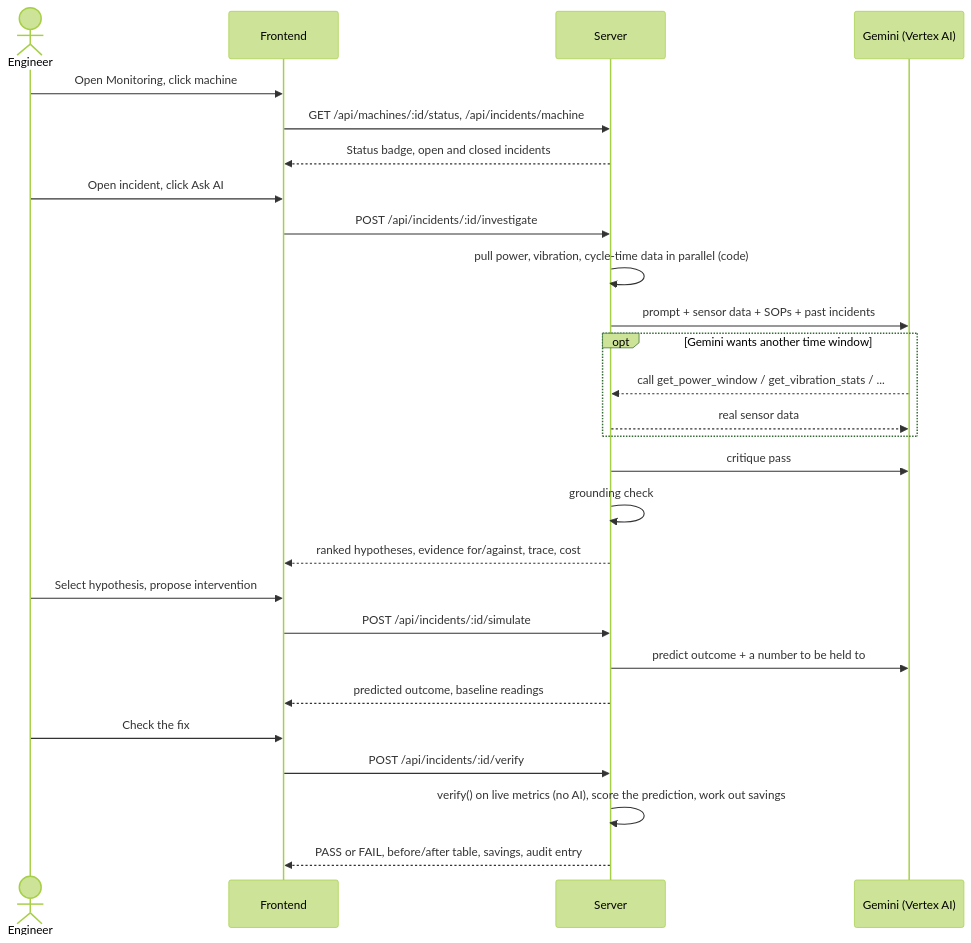
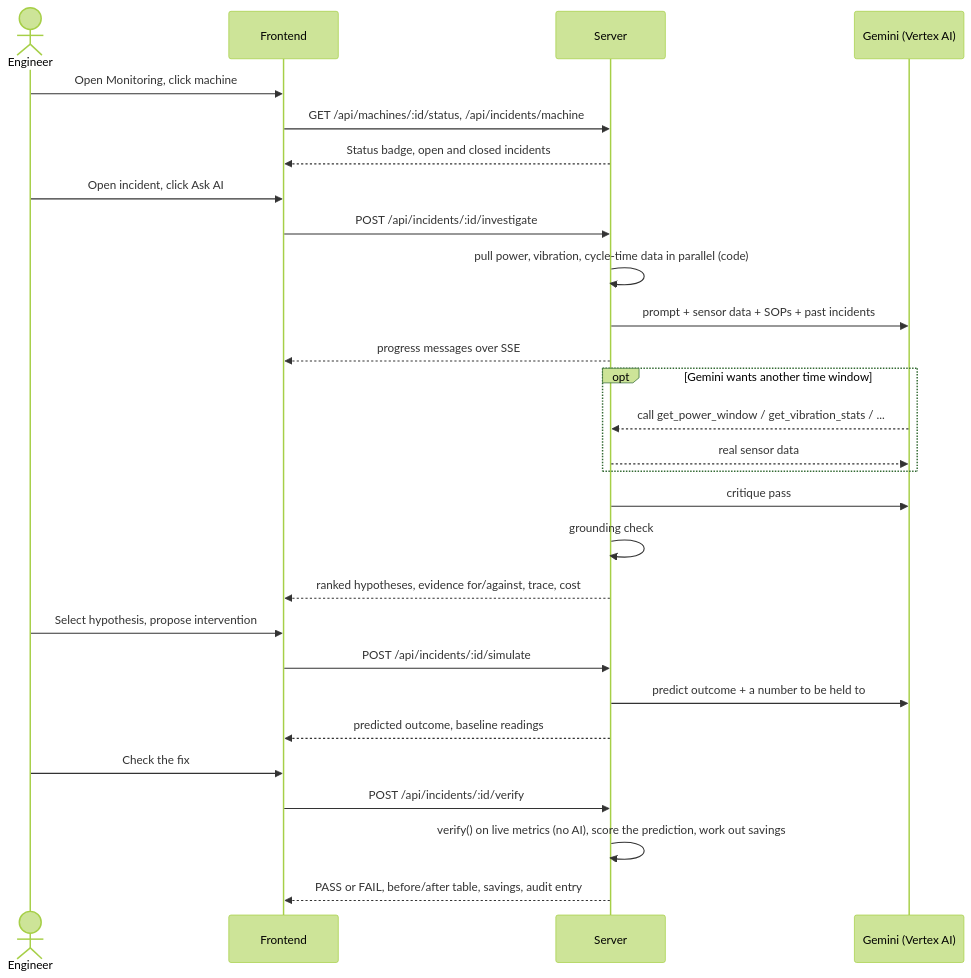
One commit to akanthed/AshvaTrace changed the third of 3 diagrams in README.md. Above: the diagram before and after it, drawn with Mermaid (forest theme). The commit also changed other lines of this file and 1 other file, not shown here.

Commit message:
refactor: Update flowchart descriptions and remove outdated testing guide

````diff
--- a/README.md
+++ b/README.md
@@ -119,29 +121,30 @@
 ```mermaid
 sequenceDiagram
     actor E as Engineer
     participant UI as Frontend
     participant S as Server
     participant G as Gemini (Vertex AI)
     E->>UI: Open Monitoring, click machine
     UI->>S: GET /api/machines/:id/status, /api/incidents/machine
     S-->>UI: Status badge, open and closed incidents
     E->>UI: Open incident, click Ask AI
     UI->>S: POST /api/incidents/:id/investigate
     S->>S: pull power, vibration, cycle-time data in parallel (code)
     S->>G: prompt + sensor data + SOPs + past incidents
+    S-->>UI: progress messages over SSE
     opt Gemini wants another time window
         G-->>S: call get_power_window / get_vibration_stats / ...
         S-->>G: real sensor data
     end
     S->>G: critique pass
     S->>S: grounding check
     S-->>UI: ranked hypotheses, evidence for/against, trace, cost
     E->>UI: Select hypothesis, propose intervention
     UI->>S: POST /api/incidents/:id/simulate
     S->>G: predict outcome + a number to be held to
     S-->>UI: predicted outcome, baseline readings
     E->>UI: Check the fix
     UI->>S: POST /api/incidents/:id/verify
     S->>S: verify() on live metrics (no AI), score the prediction, work out savings
     S-->>UI: PASS or FAIL, before/after table, savings, audit entry
 ```
````
